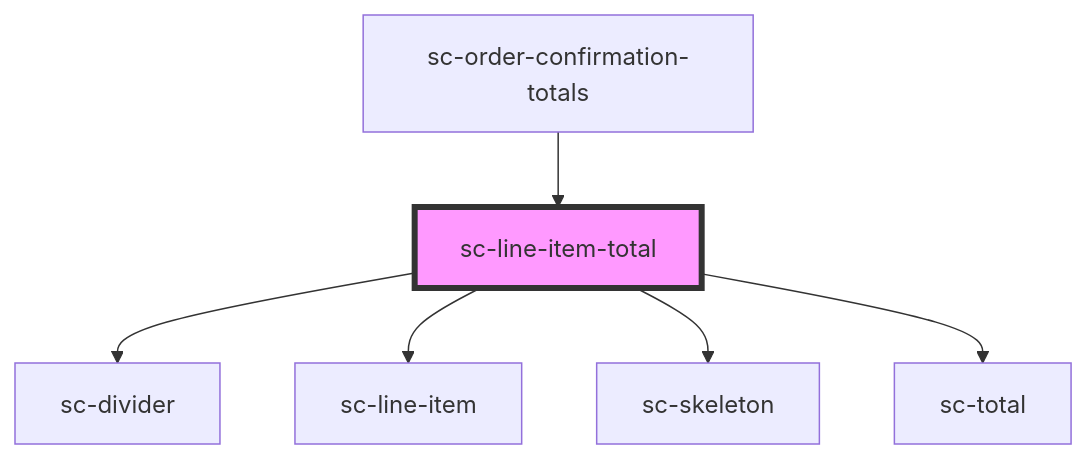
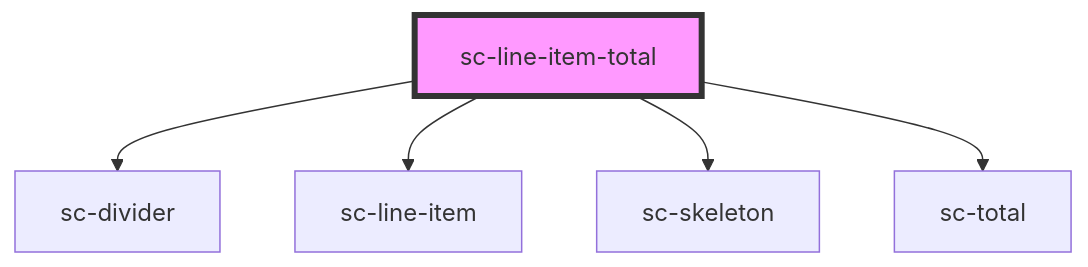
One commit to surecart/surecart-wp-plugin changed the diagram in packages/components/src/components/controllers/checkout-form/line-item-total/readme.md. Above: the diagram before and after it, drawn with Mermaid. The commit also changed other lines of this file and 6 other files, not shown here.

````diff
--- a/packages/components/src/components/controllers/checkout-form/line-item-total/readme.md
+++ b/packages/components/src/components/controllers/checkout-form/line-item-total/readme.md
@@ -31,9 +27,8 @@
 ```mermaid
 graph TD;
   sc-line-item-total --> sc-divider
   sc-line-item-total --> sc-line-item
   sc-line-item-total --> sc-skeleton
   sc-line-item-total --> sc-total
-  sc-order-confirmation-totals --> sc-line-item-total
   style sc-line-item-total fill:#f9f,stroke:#333,stroke-width:4px
 ```
````
